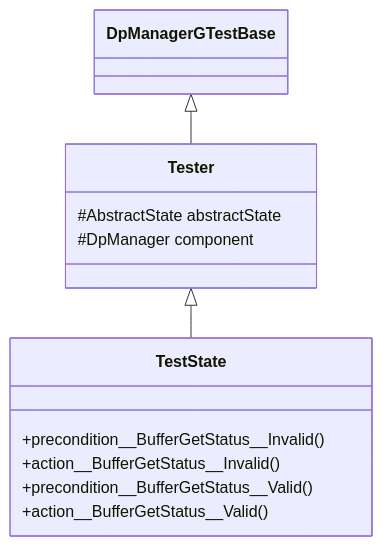
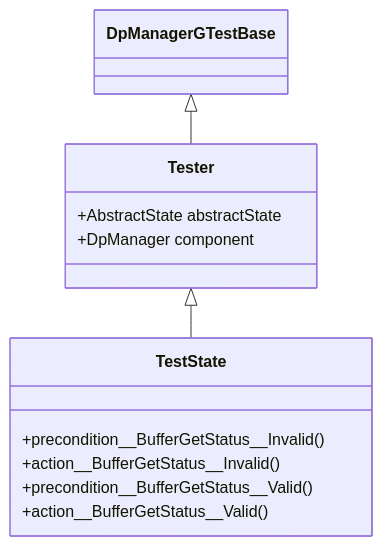
The first of 4 diagrams in Svc/DpManager/test/ut/README.md (bocchino/fprime), drawn with Mermaid before and after one commit. The commit also changed other lines of this file and 10 other files, not shown here.

````diff
--- a/Svc/DpManager/test/ut/README.md
+++ b/Svc/DpManager/test/ut/README.md
@@ -216,15 +222,15 @@
 ```mermaid
 classDiagram
     class Tester {
-        #AbstractState abstractState
-        #DpManager component
+        +AbstractState abstractState
+        +DpManager component
     }
     class TestState {
         +precondition__BufferGetStatus__Invalid()
         +action__BufferGetStatus__Invalid()
         +precondition__BufferGetStatus__Valid()
         +action__BufferGetStatus__Valid()
     }
     DpManagerGTestBase <|-- Tester
     Tester <|-- TestState
 ```
````
